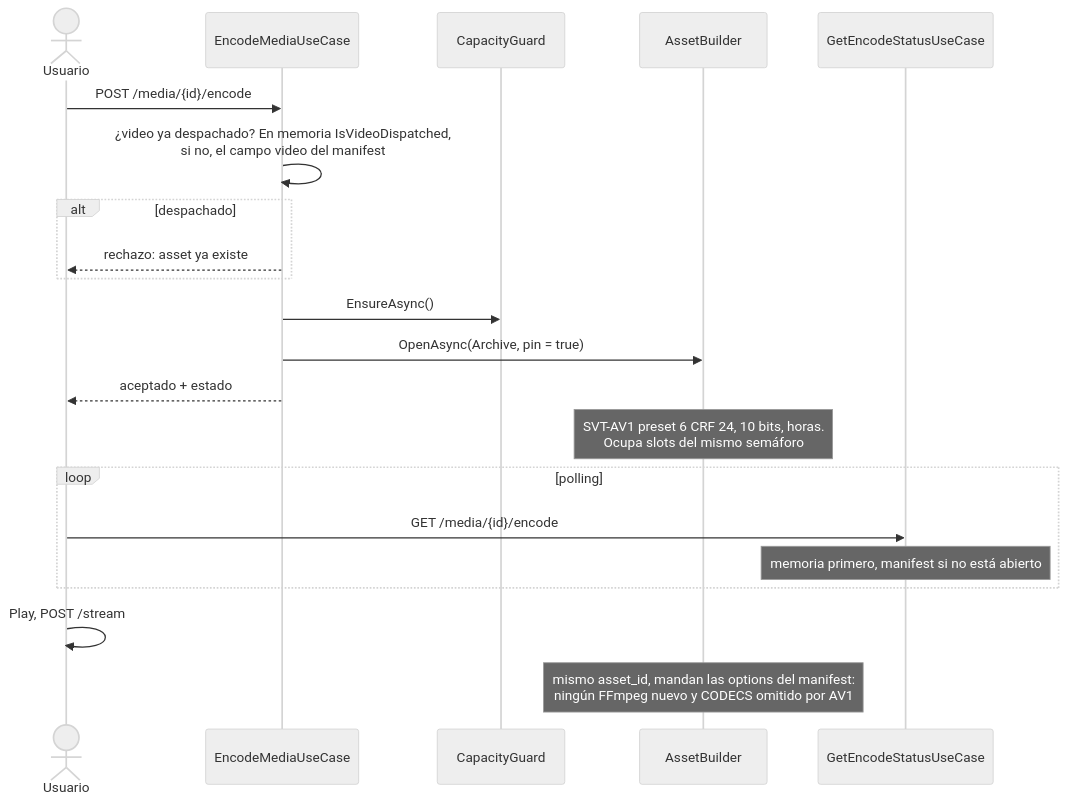
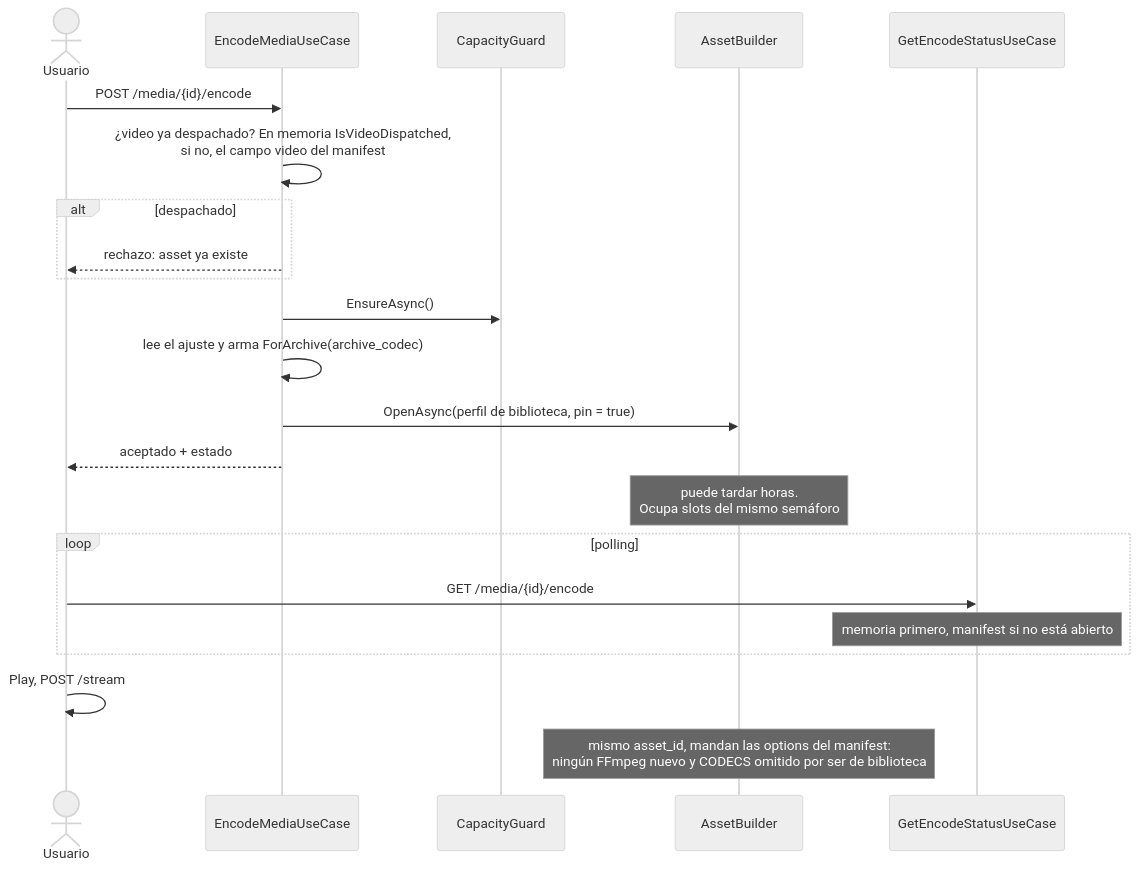
Before and after one commit to Juan045/home-stream-app: the ninth of 15 diagrams in system_arquitecture.md, drawn with Mermaid (neutral theme). The commit also changed other lines of this file and 44 other files, not shown here.

````diff
--- a/system_arquitecture.md
+++ b/system_arquitecture.md
@@ -500,26 +534,27 @@
 ```mermaid
 sequenceDiagram
     actor U as Usuario
     participant E as EncodeMediaUseCase
     participant G as CapacityGuard
     participant B as AssetBuilder
     participant ST as GetEncodeStatusUseCase
 
     U->>E: POST /media/{id}/encode
     E->>E: ¿video ya despachado? En memoria IsVideoDispatched,<br/>si no, el campo video del manifest
     alt despachado
         E-->>U: rechazo: asset ya existe
     end
     E->>G: EnsureAsync()
-    E->>B: OpenAsync(Archive, pin = true)
+    E->>E: lee el ajuste y arma ForArchive(archive_codec)
+    E->>B: OpenAsync(perfil de biblioteca, pin = true)
     E-->>U: aceptado + estado
-    Note over B: SVT-AV1 preset 6 CRF 24, 10 bits, horas.<br/>Ocupa slots del mismo semáforo
+    Note over B: puede tardar horas.<br/>Ocupa slots del mismo semáforo
 
     loop polling
         U->>ST: GET /media/{id}/encode
         Note over ST: memoria primero, manifest si no está abierto
     end
 
     U->>U: Play, POST /stream
-    Note over B: mismo asset_id, mandan las options del manifest:<br/>ningún FFmpeg nuevo y CODECS omitido por AV1
+    Note over B: mismo asset_id, mandan las options del manifest:<br/>ningún FFmpeg nuevo y CODECS omitido por ser de biblioteca
 ```
````
